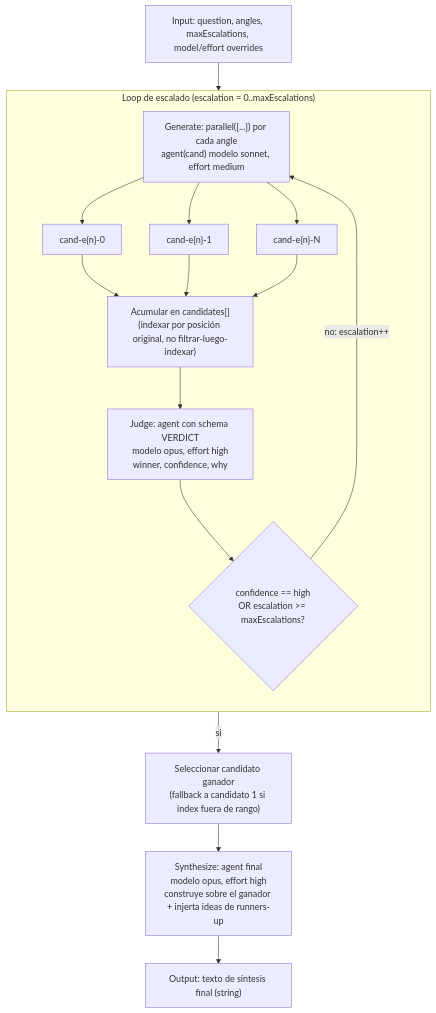
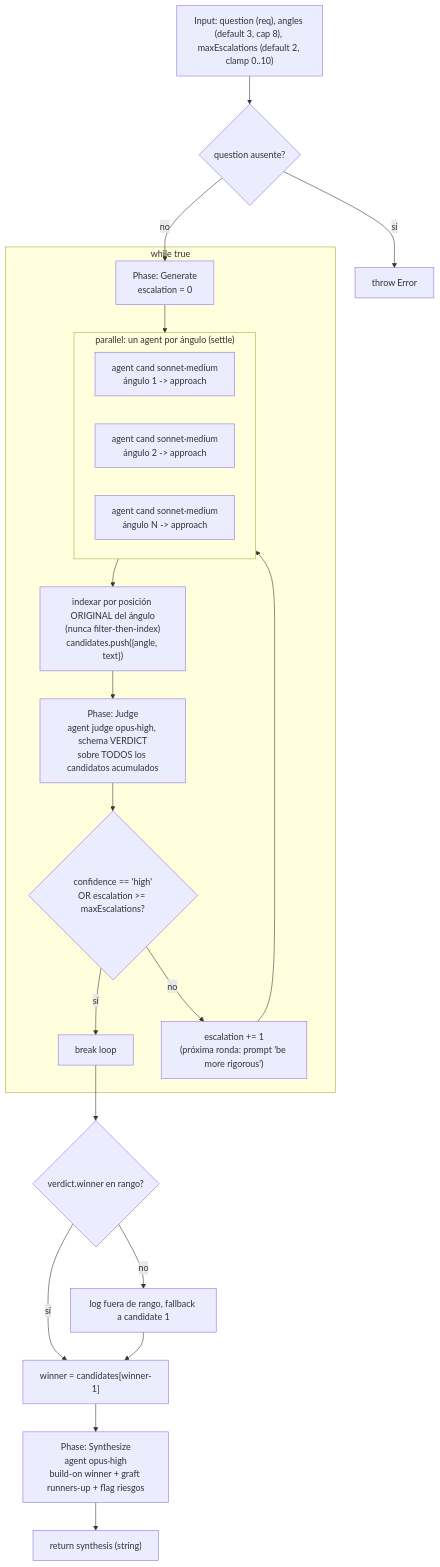
One commit to andrestobelem/pandi-extensions changed the diagram in docs/scaffolds/judge-escalate.md. Above: the diagram before and after it, drawn with Mermaid. The commit also changed other lines of this file and 43 other files, not shown here.

````diff
--- a/docs/scaffolds/judge-escalate.md
+++ b/docs/scaffolds/judge-escalate.md
@@ -20,22 +20,28 @@
 ```mermaid
 flowchart TD
-    Input["Input: question, angles, maxEscalations, model/effort overrides"] --> Loop
+    A["Input: question (req), angles (default 3, cap 8), maxEscalations (default 2, clamp 0..10)"] --> B{"question ausente?"}
+    B -->|"sí"| B1["throw Error"]
+    B -->|"no"| C["Phase: Generate\nescalation = 0"]
 
-    subgraph Loop["Loop de escalado (escalation = 0..maxEscalations)"]
-        direction TB
-        Gen["Generate: parallel([...]) por cada angle\nagent(cand) modelo sonnet, effort medium"]
-        Gen --> C1["cand-e{n}-0"]
-        Gen --> C2["cand-e{n}-1"]
-        Gen --> C3["cand-e{n}-N"]
-        C1 --> Collect["Acumular en candidates[]\n(indexar por posición original, no filtrar-luego-indexar)"]
-        C2 --> Collect
-        C3 --> Collect
-        Collect --> Judge["Judge: agent con schema VERDICT\nmodelo opus, effort high\nwinner, confidence, why"]
-        Judge --> Gate{"confidence == high\nOR escalation >= maxEscalations?"}
-        Gate -- "no: escalation++" --> Gen
+    subgraph LOOP["while true"]
+        subgraph GEN["parallel: un agent por ángulo (settle)"]
+            G1["agent cand sonnet·medium\nángulo 1 -> approach"]
+            G2["agent cand sonnet·medium\nángulo 2 -> approach"]
+            G3["agent cand sonnet·medium\nángulo N -> approach"]
+        end
+        C --> GEN
+        GEN --> D["indexar por posición ORIGINAL del ángulo\n(nunca filter-then-index)\ncandidates.push({angle, text})"]
+        D --> E["Phase: Judge\nagent judge opus·high, schema VERDICT\nsobre TODOS los candidatos acumulados"]
+        E --> F{"confidence == 'high'\nOR escalation >= maxEscalations?"}
+        F -->|"sí"| STOP["break loop"]
+        F -->|"no"| INC["escalation += 1\n(próxima ronda: prompt 'be more rigorous')"]
+        INC --> GEN
     end
 
-    Gate -- "si" --> Winner["Seleccionar candidato ganador\n(fallback a candidato 1 si index fuera de rango)"]
-    Winner --> Synth["Synthesize: agent final\nmodelo opus, effort high\nconstruye sobre el ganador + injerta ideas de runners-up"]
-    Synth --> Output["Output: texto de síntesis final (string)"]
+    STOP --> H{"verdict.winner en rango?"}
+    H -->|"no"| H1["log fuera de rango, fallback a candidate 1"]
+    H -->|"sí"| I["winner = candidates[winner-1]"]
+    H1 --> I
+    I --> J["Phase: Synthesize\nagent opus·high\nbuild-on winner + graft runners-up + flag riesgos"]
+    J --> K["return synthesis (string)"]
 ```
````
